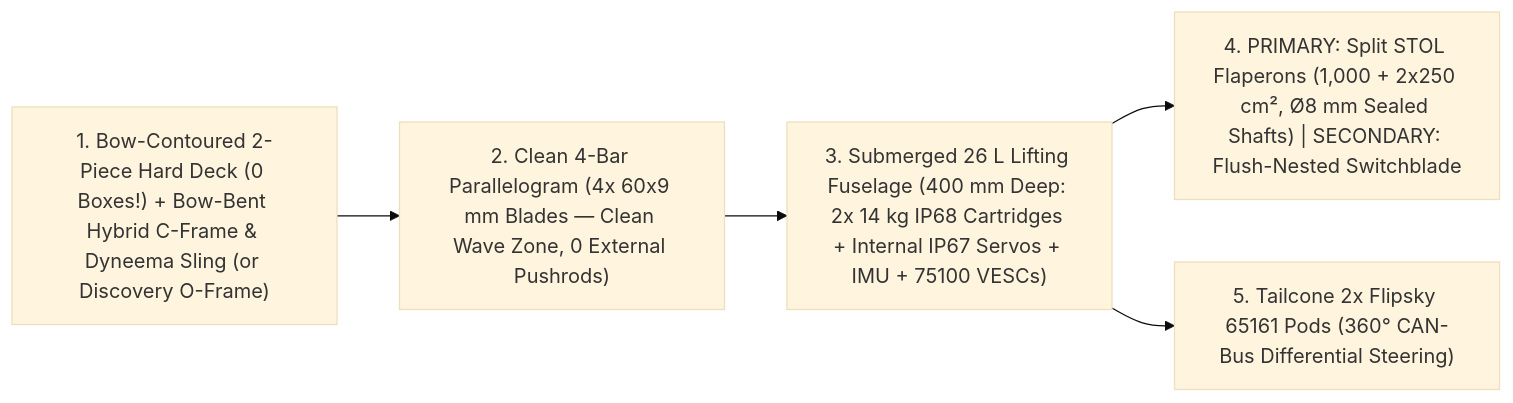
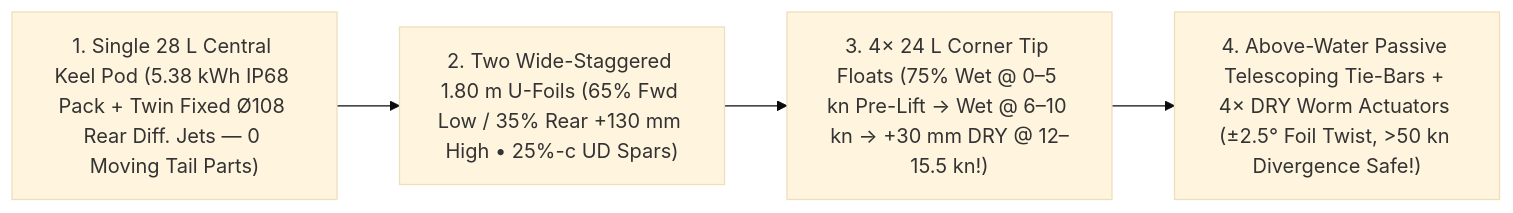
The first of 2 diagrams in README.md (boats-boats-boats/foil-skiff), drawn with Mermaid (base theme) before and after one commit. The commit also changed other lines of this file and 8 other files, not shown here.

Commit message:
Promote Central-Keel 4-Float Staggered U-Foil + Dry Wing-Warping to PRIMARY architecture with close-up CAD, printable STLs & 3-stage flight diagram

````diff
--- a/README.md
+++ b/README.md
@@ -17,7 +17,6 @@
 ```mermaid
 flowchart LR
-    Floor["1. Bow-Contoured 2-Piece Hard Deck (0 Boxes!) + Bow-Bent Hybrid C-Frame & Dyneema Sling (or Discovery O-Frame)"] --> Strut["2. Clean 4-Bar Parallelogram (4x 60x9 mm Blades — Clean Wave Zone, 0 External Pushrods)"]
-    Strut --> Fuse["3. Submerged 26 L Lifting Fuselage (400 mm Deep: 2x 14 kg IP68 Cartridges + Internal IP67 Servos + IMU + 75100 VESCs)"]
-    Fuse --> Wings["4. PRIMARY: Split STOL Flaperons (1,000 + 2x250 cm², Ø8 mm Sealed Shafts) | SECONDARY: Flush-Nested Switchblade"]
-    Fuse --> Motor["5. Tailcone 2x Flipsky 65161 Pods (360° CAN-Bus Differential Steering)"]
+    Keel["1. Single 28 L Central Keel Pod (5.38 kWh IP68 Pack + Twin Fixed Ø108 Rear Diff. Jets — 0 Moving Tail Parts)"] --> Foils["2. Two Wide-Staggered 1.80 m U-Foils (65% Fwd Low / 35% Rear +130 mm High • 25%-c UD Spars)"]
+    Foils --> Floats["3. 4× 24 L Corner Tip Floats (75% Wet @ 0–5 kn Pre-Lift → Wet @ 6–10 kn → +30 mm DRY @ 12–15.5 kn!)"]
+    Floats --> Warp["4. Above-Water Passive Telescoping Tie-Bars + 4× DRY Worm Actuators (±2.5° Foil Twist, >50 kn Divergence Safe!)"]
 ```
````
